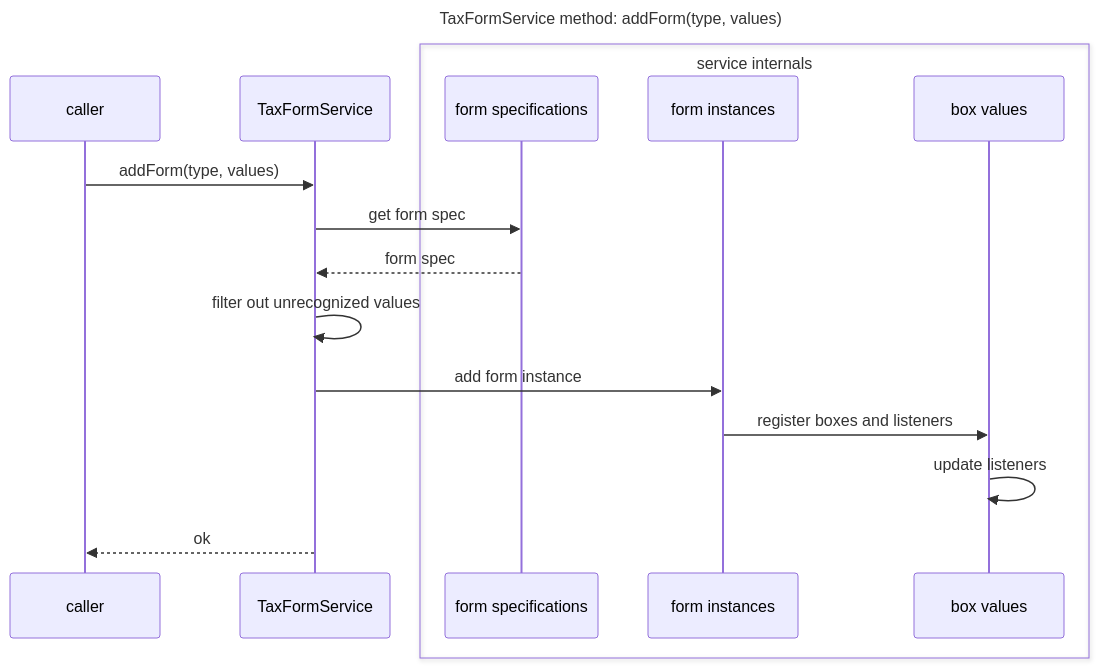
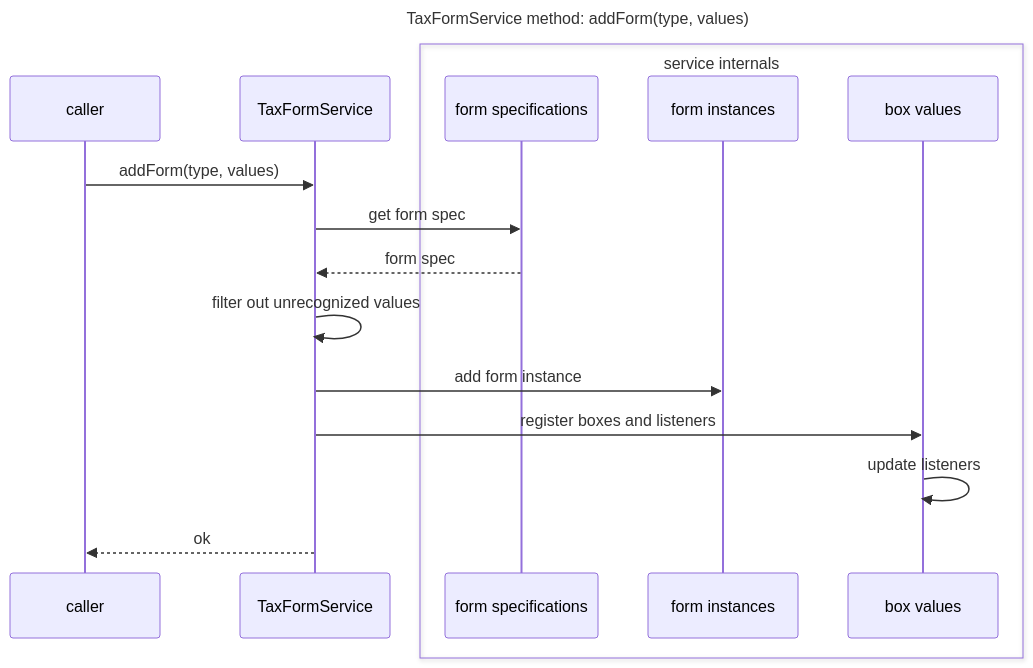
One commit to wllmwu/thumbtax changed the third of 10 diagrams in plan/index.md. Above: the diagram before and after it, drawn with Mermaid. The commit also changed other lines of this file, not shown here.

````diff
--- a/plan/index.md
+++ b/plan/index.md
@@ -307,22 +342,22 @@
 ```mermaid
 ---
 title: "TaxFormService method: addForm(type, values)"
 ---
 sequenceDiagram
   participant caller
   participant service as TaxFormService
   box service internals
   participant specs as form specifications
   participant instances as form instances
   participant values as box values
   end
 
   caller->>service: addForm(type, values)
   service->>specs: get form spec
   specs-->>service: form spec
   service->>service: filter out unrecognized values
   service->>instances: add form instance
-  instances->>values: register boxes and listeners
+  service->>values: register boxes and listeners
   values->>values: update listeners
   service-->>caller: ok
 ```
````
